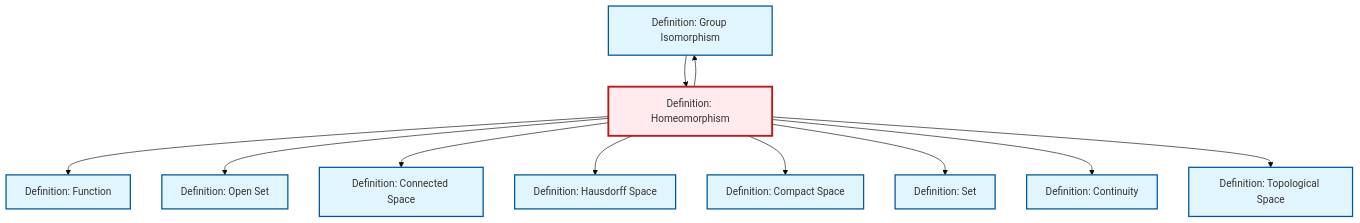
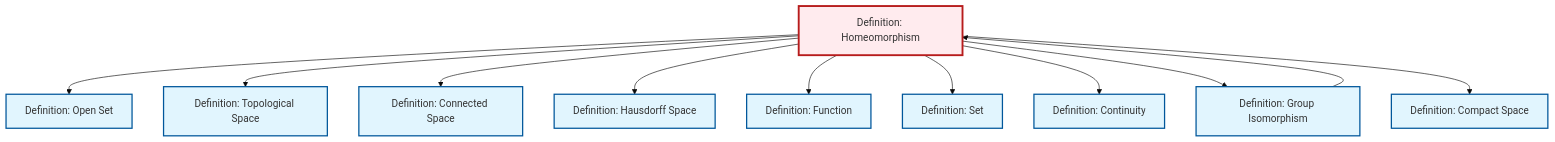
Before and after one commit to RK0429/ModernMath: the diagram in content/en/topology/def-homeomorphism.qmd, drawn with Mermaid (base theme). The commit also changed other lines of this file and 634 other files, not shown here.

````diff
--- a/content/en/topology/def-homeomorphism.qmd
+++ b/content/en/topology/def-homeomorphism.qmd
@@ -101,39 +101,39 @@
 ```{mermaid}
 %%| fig-cap: "Local dependency graph"
 graph TD
     classDef definition fill:#e1f5fe,stroke:#01579b,stroke-width:2px
     classDef theorem fill:#f3e5f5,stroke:#4a148c,stroke-width:2px
     classDef axiom fill:#fff3e0,stroke:#e65100,stroke-width:2px
     classDef example fill:#e8f5e9,stroke:#1b5e20,stroke-width:2px
     classDef current fill:#ffebee,stroke:#b71c1c,stroke-width:3px
+    def-homeomorphism["Definition: Homeomorphism"]:::definition
     def-compact["Definition: Compact Space"]:::definition
-    def-open-set["Definition: Open Set"]:::definition
-    def-set["Definition: Set"]:::definition
-    def-connected["Definition: Connected Space"]:::definition
-    def-topological-space["Definition: Topological Space"]:::definition
-    def-isomorphism["Definition: Group Isomorphism"]:::definition
-    def-homeomorphism["Definition: Homeomorphism"]:::definition
     def-hausdorff["Definition: Hausdorff Space"]:::definition
     def-continuity["Definition: Continuity"]:::definition
+    def-isomorphism["Definition: Group Isomorphism"]:::definition
     def-function["Definition: Function"]:::definition
+    def-topological-space["Definition: Topological Space"]:::definition
+    def-set["Definition: Set"]:::definition
+    def-open-set["Definition: Open Set"]:::definition
+    def-connected["Definition: Connected Space"]:::definition
+    def-homeomorphism --> def-open-set
+    def-isomorphism --> def-homeomorphism
+    def-homeomorphism --> def-topological-space
+    def-homeomorphism --> def-connected
+    def-homeomorphism --> def-hausdorff
     def-homeomorphism --> def-function
-    def-homeomorphism --> def-open-set
-    def-homeomorphism --> def-connected
+    def-homeomorphism --> def-set
+    def-homeomorphism --> def-continuity
     def-homeomorphism --> def-isomorphism
-    def-homeomorphism --> def-hausdorff
     def-homeomorphism --> def-compact
-    def-homeomorphism --> def-set
-    def-isomorphism --> def-homeomorphism
-    def-homeomorphism --> def-continuity
-    def-homeomorphism --> def-topological-space
     class def-homeomorphism current
     click def-compact "def-compact.html" "Go to Compact Space definition"
-    click def-open-set "def-open-set.html" "Go to Open Set definition"
-    click def-set "def-set.html" "Go to Set definition"
-    click def-connected "def-connected.html" "Go to Connected Space definition"
-    click def-topological-space "def-topological-space.html" "Go to Topological Space definition"
-    click def-isomorphism "def-isomorphism.html" "Go to Group Isomorphism definition"
     click def-hausdorff "def-hausdorff.html" "Go to Hausdorff Space definition"
     click def-continuity "def-continuity.html" "Go to Continuity definition"
+    click def-isomorphism "def-isomorphism.html" "Go to Group Isomorphism definition"
     click def-function "def-function.html" "Go to Function definition"
+    click def-topological-space "def-topological-space.html" "Go to Topological Space definition"
+    click def-set "def-set.html" "Go to Set definition"
+    click def-open-set "def-open-set.html" "Go to Open Set definition"
+    click def-connected "def-connected.html" "Go to Connected Space definition"
 ```
````
